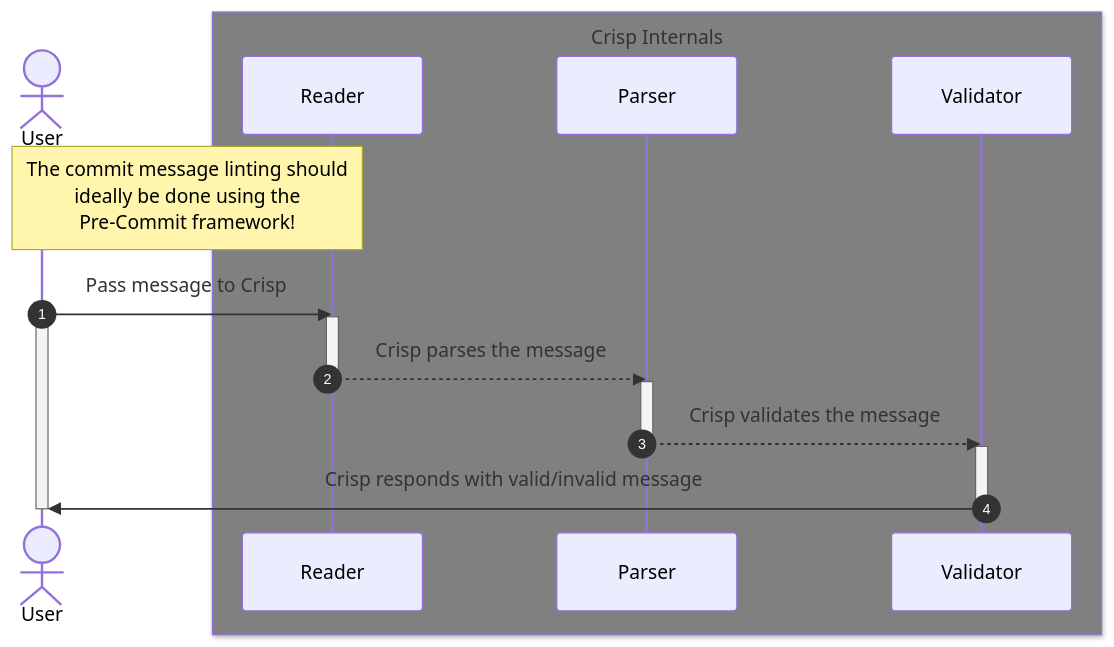
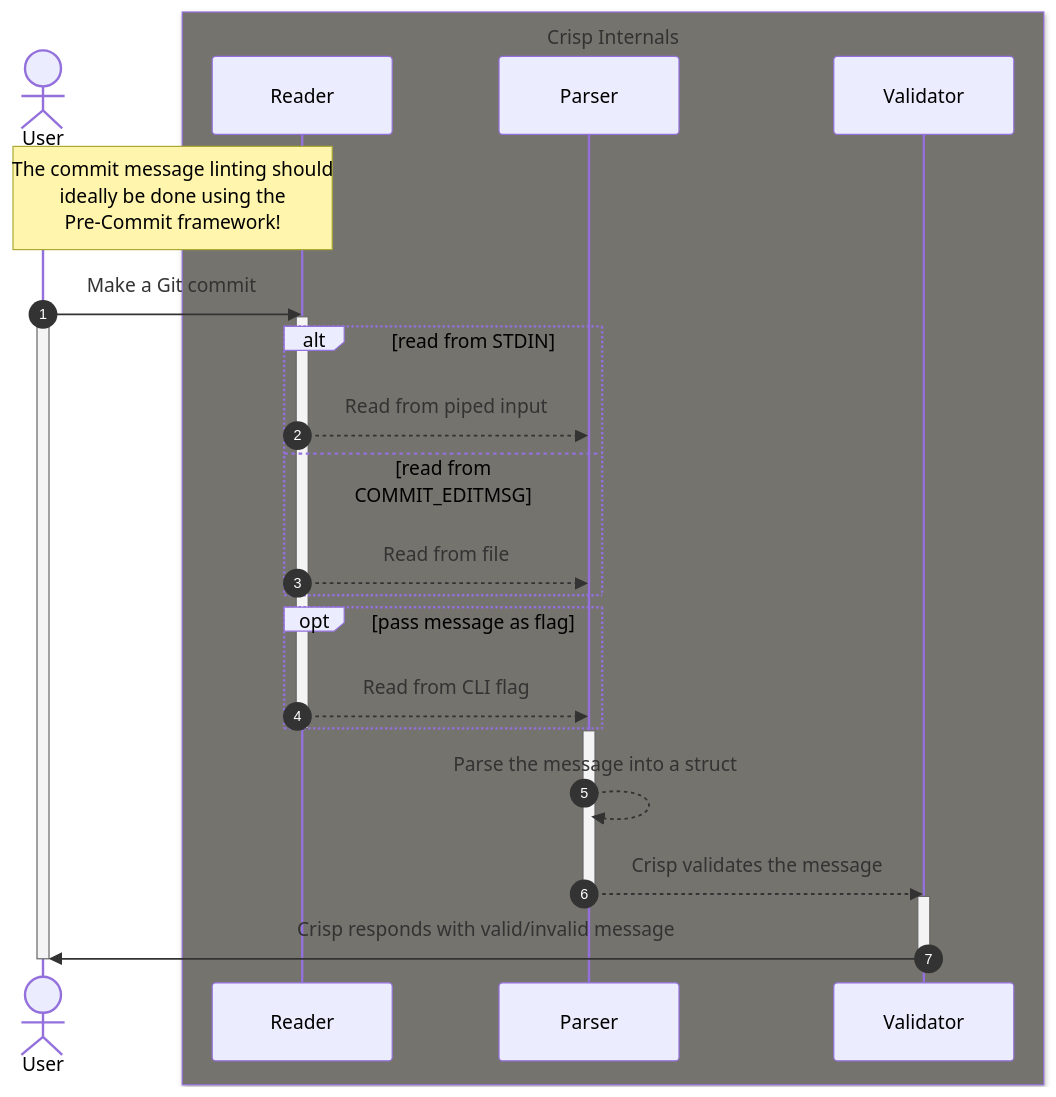
One commit to Weburz/crisp changed the diagram in docs/src/content/docs/architecture/index.md. Above: the diagram before and after it, drawn with Mermaid.

Commit message:
chore(docs): update the memaid diagram

````diff
--- a/docs/src/content/docs/architecture/index.md
+++ b/docs/src/content/docs/architecture/index.md
@@ -22,31 +22,40 @@
 ```mermaid
 sequenceDiagram
     autonumber
 
     actor User
 
-    box Gray Crisp Internals
+    box rgb(117, 115, 109) Crisp Internals
         participant Reader
         participant Parser
         participant Validator
     end
 
     Note over User,Reader: The commit message linting should<br/>ideally be done using the<br/>Pre-Commit framework!
-    User ->> Reader : Pass message to Crisp
+    User ->> Reader : Make a Git commit
 
     activate User
 
     activate Reader
-        Reader -->> Parser : Crisp parses the message
+        alt read from STDIN
+            Reader -->> Parser : Read from piped input
+        else read from COMMIT_EDITMSG
+            Reader -->> Parser : Read from file
+        end
+        opt pass message as flag
+            Reader -->> Parser : Read from CLI flag
+        end
     deactivate Reader
 
     activate Parser
+        Parser -->> Parser : Parse the message into a struct
         Parser -->> Validator : Crisp validates the message
     deactivate Parser
 
     activate Validator
-    Validator ->> User : Crisp responds with valid/invalid message
+
+            Validator ->> User : Crisp responds with valid/invalid message
     deactivate Validator
 
     deactivate User
 ```
````
